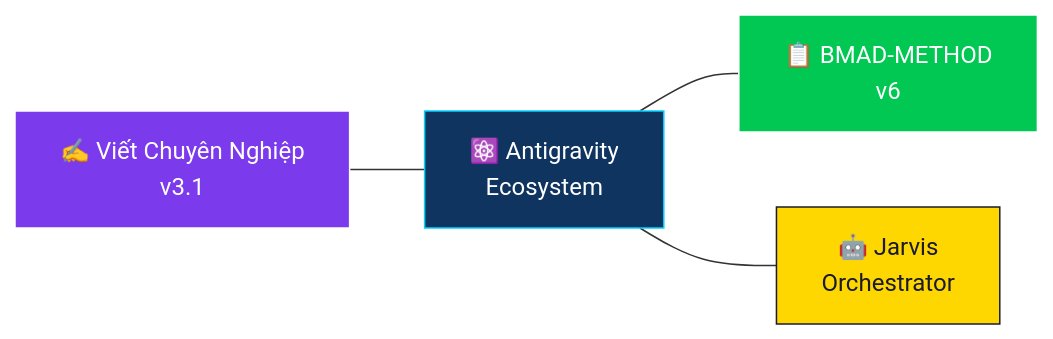
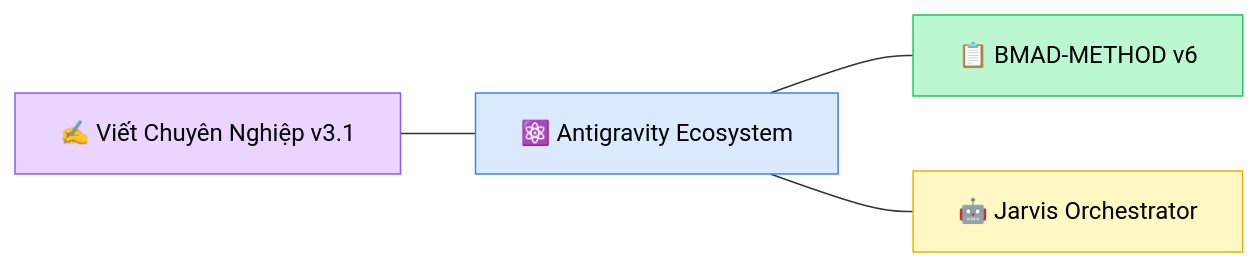
One commit to xaotiensinh-abm/viet-chuyen-nghiep changed the seventh of 7 diagrams in README.md. Above: the diagram before and after it, drawn with Mermaid. The commit also changed other lines of this file, not shown here.

Commit message:
🎨 Fix Mermaid colors — light palette for GitHub dark/light theme compatibility

````diff
--- a/README.md
+++ b/README.md
@@ -478,11 +485,11 @@
 ```mermaid
 graph LR
-    VCP["✍️ Viết Chuyên Nghiệp\nv3.1"] --- AGV["⚛️ Antigravity\nEcosystem"]
-    AGV --- BMAD["📋 BMAD-METHOD\nv6"]
-    AGV --- JARVIS["🤖 Jarvis\nOrchestrator"]
+    VCP["✍️ Viết Chuyên Nghiệp v3.1"] --- AGV["⚛️ Antigravity Ecosystem"]
+    AGV --- BMAD["📋 BMAD-METHOD v6"]
+    AGV --- JARVIS["🤖 Jarvis Orchestrator"]
 
-    style VCP fill:#7C3AED,stroke:#fff,color:#fff
-    style AGV fill:#0f3460,stroke:#00d2ff,color:#fff
-    style BMAD fill:#00C853,stroke:#fff,color:#fff
-    style JARVIS fill:#FFD700,stroke:#1a1a2e,color:#1a1a2e
+    style VCP fill:#e9d5ff,stroke:#8b5cf6,color:#000
+    style AGV fill:#dbeafe,stroke:#3b82f6,color:#000
+    style BMAD fill:#bbf7d0,stroke:#22c55e,color:#000
+    style JARVIS fill:#fef9c3,stroke:#eab308,color:#000
 ```
````
